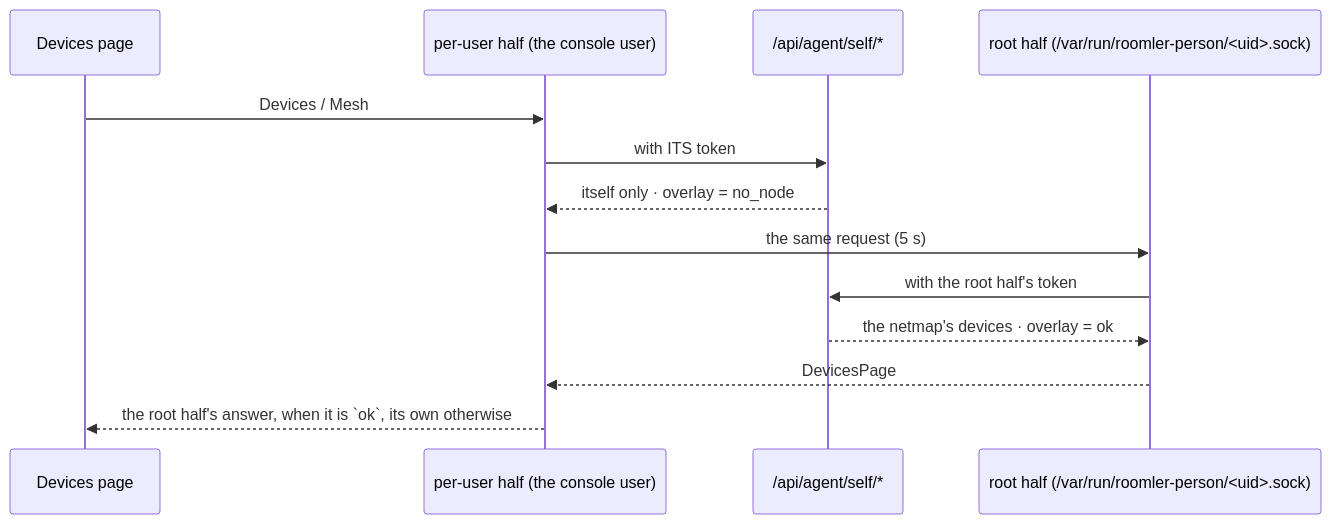
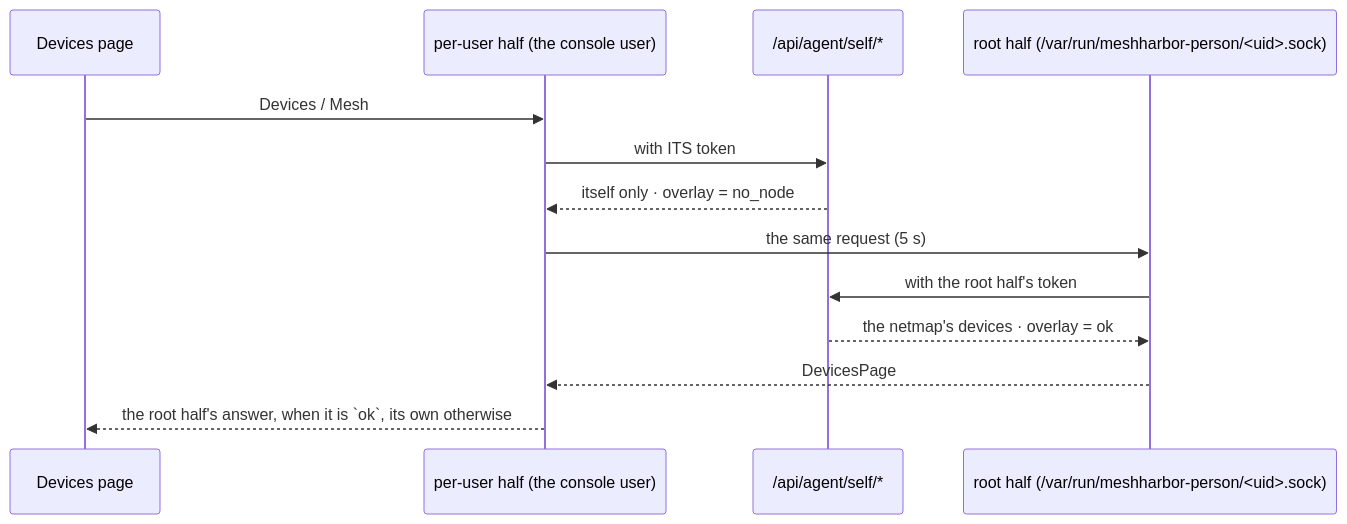
Before and after one commit to jk-zhang-meta/MeshHarbor: the fifth of 12 diagrams in docs/desktop-companion.md, drawn with Mermaid. The commit also changed other lines of this file and 682 other files, not shown here.

````diff
--- a/docs/desktop-companion.md
+++ b/docs/desktop-companion.md
@@ -266,15 +266,15 @@
 ```mermaid
 sequenceDiagram
     participant G as Devices page
     participant U as per-user half (the console user)
     participant S as /api/agent/self/*
-    participant R as root half (/var/run/roomler-person/<uid>.sock)
+    participant R as root half (/var/run/meshharbor-person/<uid>.sock)
     G->>U: Devices / Mesh
     U->>S: with ITS token
     S-->>U: itself only · overlay = no_node
     U->>R: the same request (5 s)
     R->>S: with the root half's token
     S-->>R: the netmap's devices · overlay = ok
     R-->>U: DevicesPage
     U-->>G: the root half's answer, when it is `ok`, its own otherwise
 ```
````
